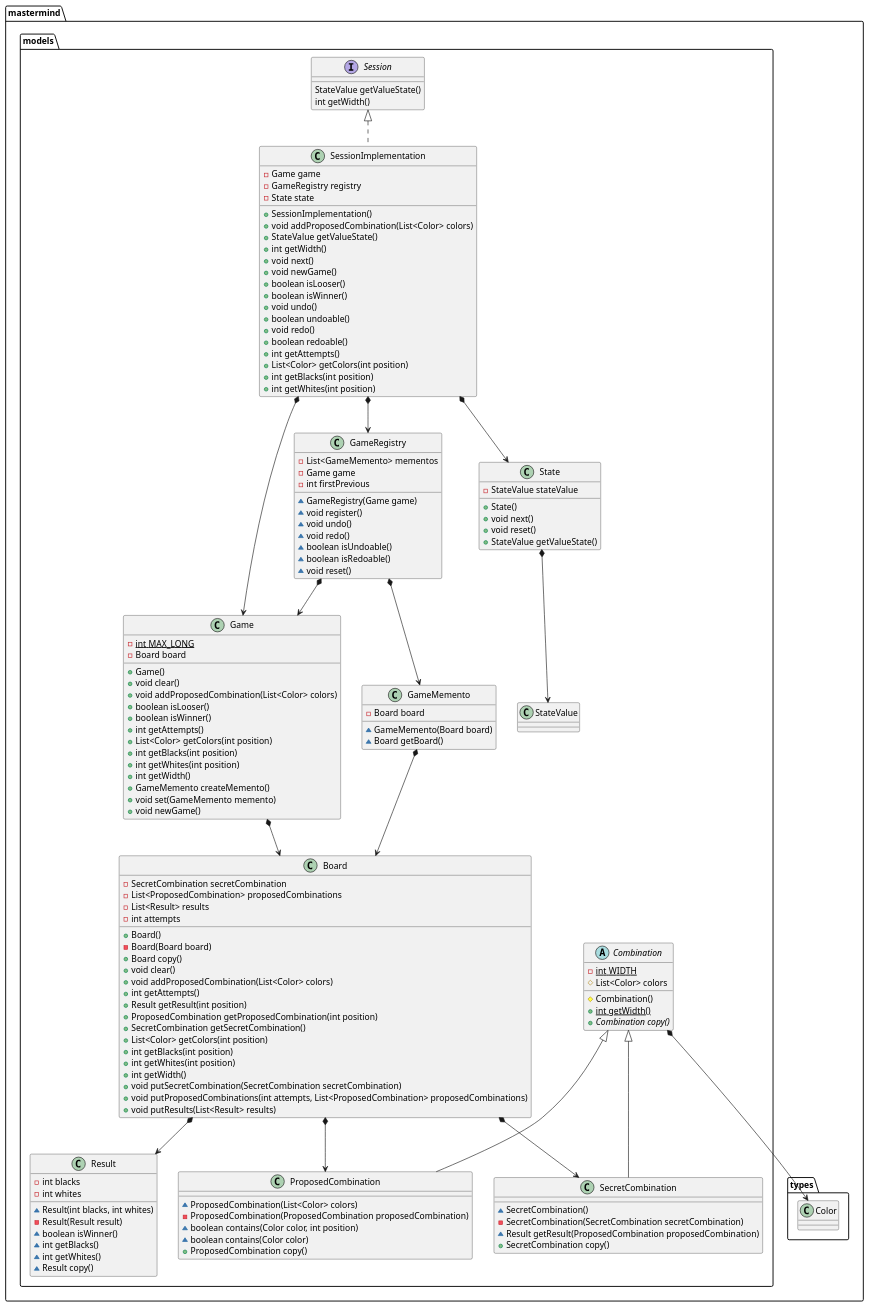
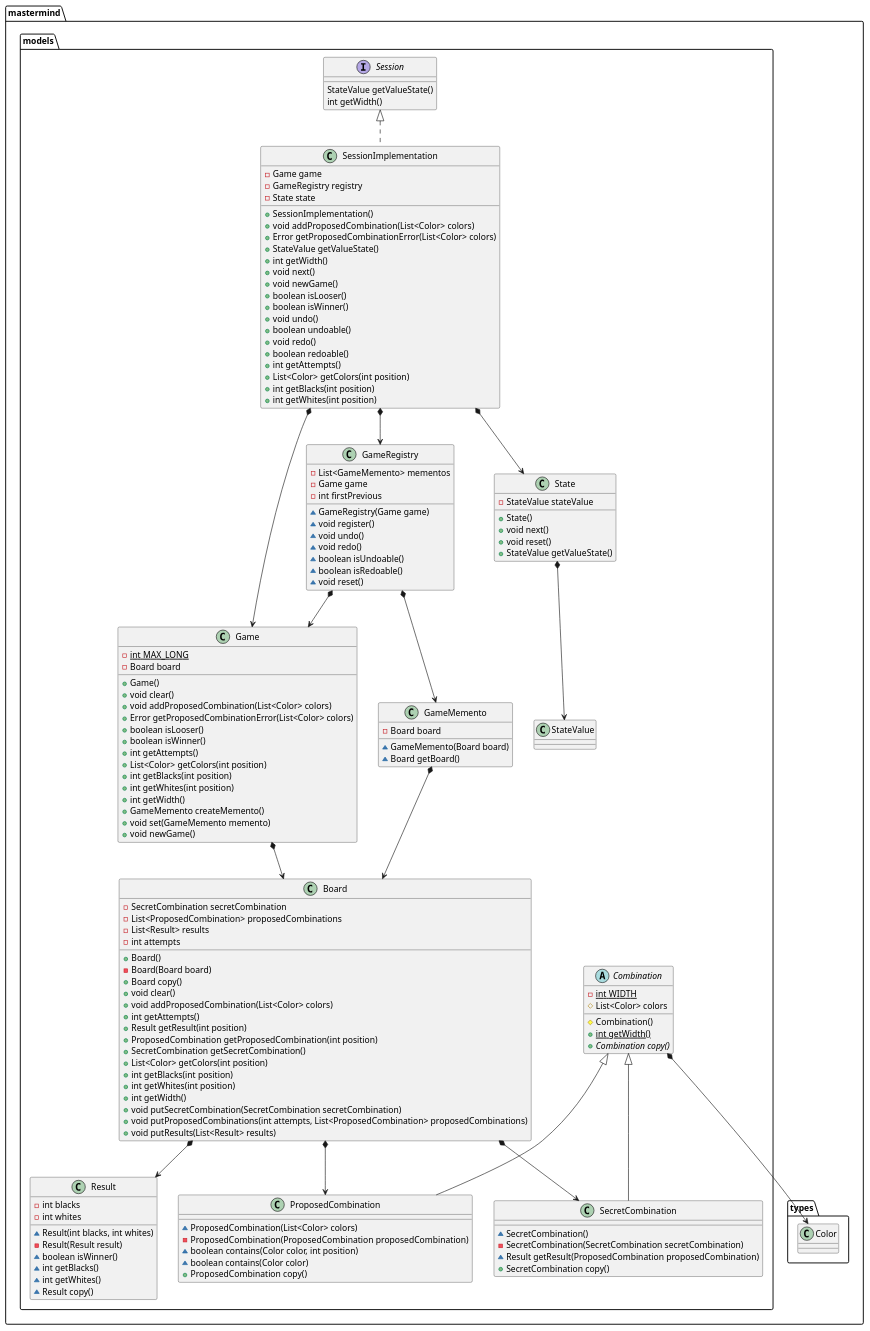
Before and after one commit to jprieto92/mastermindClientServer: the diagram in docs/sources/paqueteMastermindModels.iuml, drawn with PlantUML. The commit also changed 18 other files, not shown here.

Commit message:
Update UML diagrams without use relationships

```diff
--- a/docs/sources/paqueteMastermindModels.iuml
+++ b/docs/sources/paqueteMastermindModels.iuml
@@ -1,147 +1,149 @@
 @startuml
 
 class mastermind.models.Board [[java:jprieto.mastermind.models.Board]] {
 	-SecretCombination secretCombination
 	-List<ProposedCombination> proposedCombinations
 	-List<Result> results
 	-int attempts
 	+Board()
 	-Board(Board board)
 	+Board copy()
 	+void clear()
 	+void addProposedCombination(List<Color> colors)
 	+int getAttempts()
 	+Result getResult(int position)
 	+ProposedCombination getProposedCombination(int position)
 	+SecretCombination getSecretCombination()
 	+List<Color> getColors(int position)
 	+int getBlacks(int position)
 	+int getWhites(int position)
 	+int getWidth()
 	+void putSecretCombination(SecretCombination secretCombination)
 	+void putProposedCombinations(int attempts, List<ProposedCombination> proposedCombinations)
 	+void putResults(List<Result> results)
 }
 mastermind.models.Board *-down-> mastermind.models.SecretCombination
 mastermind.models.Board *-down-> mastermind.models.ProposedCombination
 mastermind.models.Board *-down-> mastermind.models.Result
 
 abstract class mastermind.models.Combination [[java:jprieto.mastermind.models.Combination]] {
 	-{static}int WIDTH
 	#List<Color> colors
 	#Combination()
 	+{static}int getWidth()
 	+{abstract}Combination copy()
 }
 mastermind.models.Combination *-down-> mastermind.types.Color
 
 class mastermind.models.Game [[java:jprieto.mastermind.models.Game]] {
 	-{static}int MAX_LONG
 	-Board board
 	+Game()
 	+void clear()
 	+void addProposedCombination(List<Color> colors)
+	+Error getProposedCombinationError(List<Color> colors)
 	+boolean isLooser()
 	+boolean isWinner()
 	+int getAttempts()
 	+List<Color> getColors(int position)
 	+int getBlacks(int position)
 	+int getWhites(int position)
 	+int getWidth()
 	+GameMemento createMemento()
 	+void set(GameMemento memento)
 	+void newGame()
 }
 mastermind.models.Game *-down-> mastermind.models.Board
 
 class mastermind.models.GameMemento [[java:jprieto.mastermind.models.GameMemento]] {
 	-Board board
 	~GameMemento(Board board)
 	~Board getBoard()
 }
 mastermind.models.GameMemento *-down-> mastermind.models.Board
 
 class mastermind.models.GameRegistry [[java:jprieto.mastermind.models.GameRegistry]] {
 	-List<GameMemento> mementos
 	-Game game
 	-int firstPrevious
 	~GameRegistry(Game game)
 	~void register()
 	~void undo()
 	~void redo()
 	~boolean isUndoable()
 	~boolean isRedoable()
 	~void reset()
 }
 mastermind.models.GameRegistry *-down-> mastermind.models.GameMemento
 mastermind.models.GameRegistry *-down-> mastermind.models.Game
 
 class mastermind.models.ProposedCombination [[java:jprieto.mastermind.models.ProposedCombination]] {
 	~ProposedCombination(List<Color> colors)
 	-ProposedCombination(ProposedCombination proposedCombination)
 	~boolean contains(Color color, int position)
 	~boolean contains(Color color)
 	+ProposedCombination copy()
 }
 mastermind.models.Combination <|-- mastermind.models.ProposedCombination
 
 class mastermind.models.Result [[java:jprieto.mastermind.models.Result]] {
 	-int blacks
 	-int whites
 	~Result(int blacks, int whites)
 	-Result(Result result)
 	~boolean isWinner()
 	~int getBlacks()
 	~int getWhites()
 	~Result copy()
 }
 
 class mastermind.models.SecretCombination [[java:jprieto.mastermind.models.SecretCombination]] {
 	~SecretCombination()
 	-SecretCombination(SecretCombination secretCombination)
 	~Result getResult(ProposedCombination proposedCombination)
 	+SecretCombination copy()
 }
 mastermind.models.Combination <|-- mastermind.models.SecretCombination
 
 interface mastermind.models.Session [[java:jprieto.mastermind.models.Session]] {
 	StateValue getValueState()
 	int getWidth()
 }
 
 class mastermind.models.SessionImplementation [[java:jprieto.mastermind.models.SessionImplementation]] {
 	-Game game
 	-GameRegistry registry
 	-State state
 	+SessionImplementation()
 	+void addProposedCombination(List<Color> colors)
+	+Error getProposedCombinationError(List<Color> colors)
 	+StateValue getValueState()
 	+int getWidth()
 	+void next()
 	+void newGame()
 	+boolean isLooser()
 	+boolean isWinner()
 	+void undo()
 	+boolean undoable()
 	+void redo()
 	+boolean redoable()
 	+int getAttempts()
 	+List<Color> getColors(int position)
 	+int getBlacks(int position)
 	+int getWhites(int position)
 }
 mastermind.models.SessionImplementation *-down-> mastermind.models.Game
 mastermind.models.SessionImplementation *-down-> mastermind.models.GameRegistry
 mastermind.models.SessionImplementation *-down-> mastermind.models.State
 mastermind.models.Session <|.. mastermind.models.SessionImplementation
 
 class mastermind.models.State [[java:jprieto.mastermind.models.State]] {
 	-StateValue stateValue
 	+State()
 	+void next()
 	+void reset()
 	+StateValue getValueState()
 }
 mastermind.models.State *-down-> mastermind.models.StateValue
 
 @enduml
```
